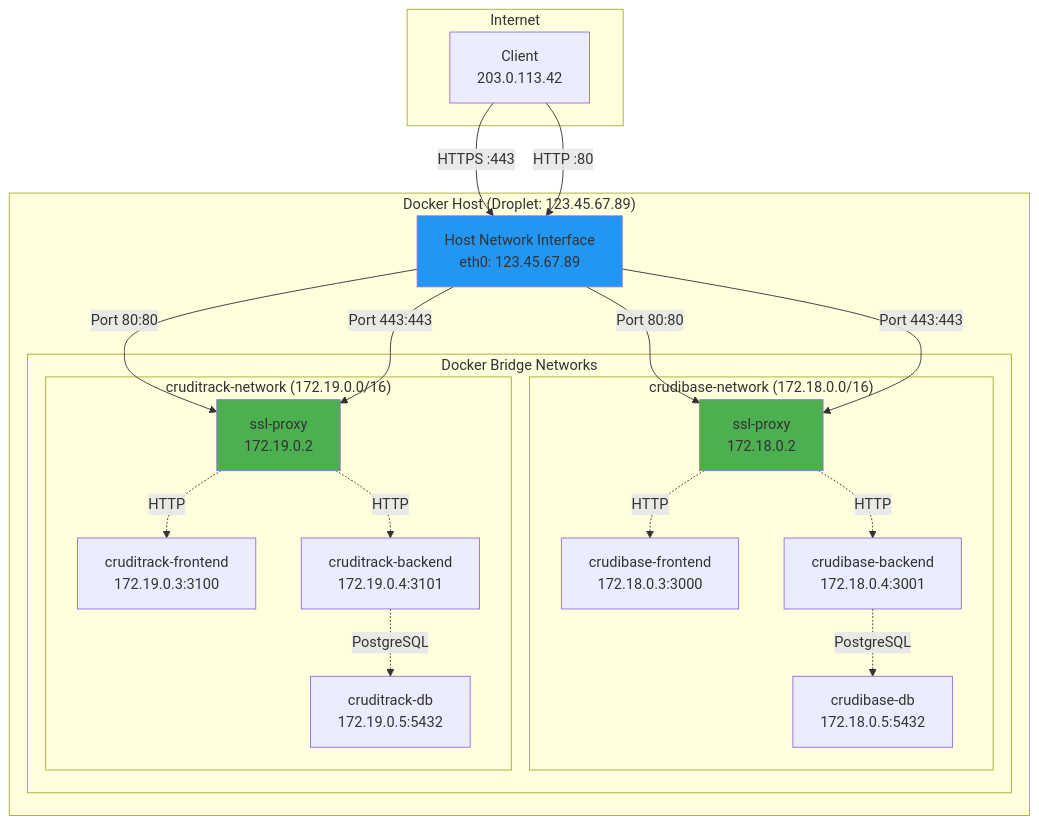
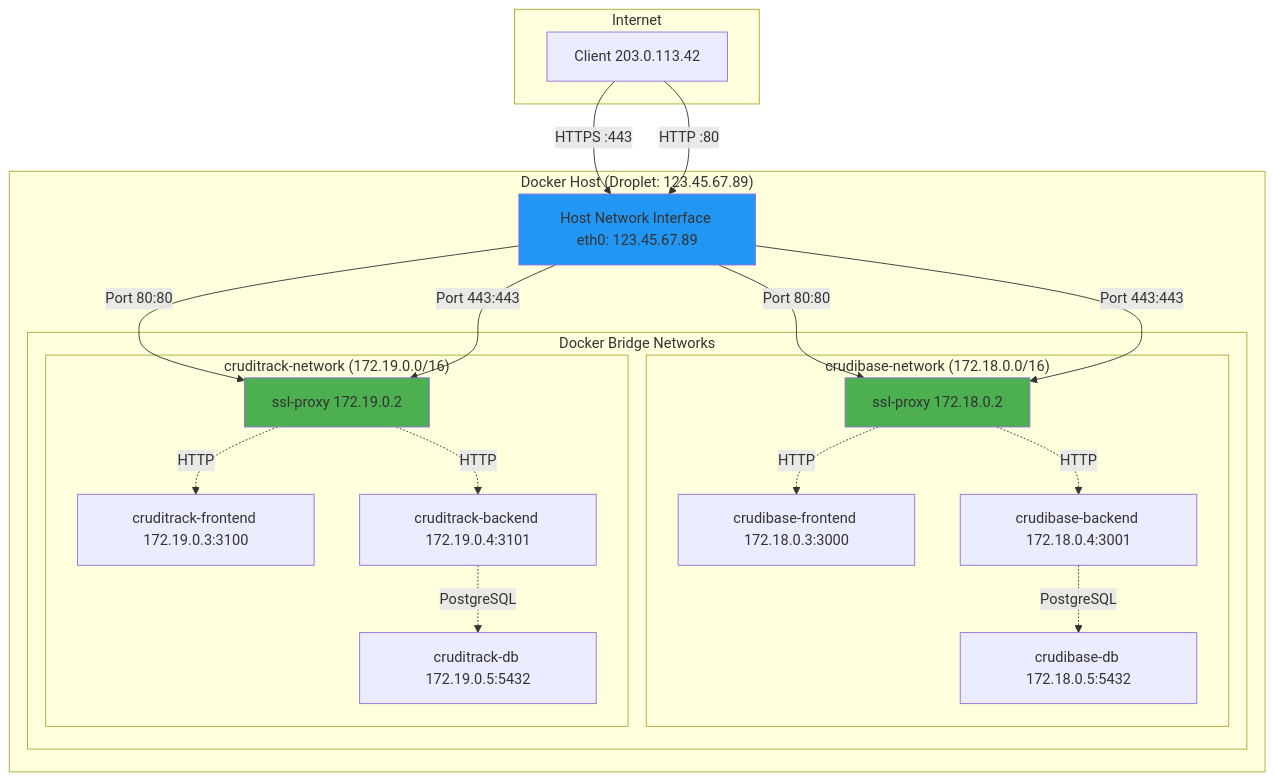
One commit to softwarewrighter/ssl-proxy-for-do changed the first of 9 diagrams in wiki/Network-Architecture.md. Above: the diagram before and after it, drawn with Mermaid. The commit also changed other lines of this file and 7 other files, not shown here.

First line of the commit message:
Fix wiki Mermaid diagrams: remove remaining <br/> tags

````diff
--- a/wiki/Network-Architecture.md
+++ b/wiki/Network-Architecture.md
@@ -31,46 +31,46 @@
 ```mermaid
 graph TB
     subgraph Internet
-        Client[Client<br/>203.0.113.42]
+        Client[Client 203.0.113.42]
     end
 
     subgraph "Docker Host (Droplet: 123.45.67.89)"
-        HostIP[Host Network Interface<br/>eth0: 123.45.67.89]
+        HostIP[Host Network Interface eth0: 123.45.67.89]
 
         subgraph "Docker Bridge Networks"
             subgraph "crudibase-network (172.18.0.0/16)"
-                SSL_CB[ssl-proxy<br/>172.18.0.2]
-                CB_FE[crudibase-frontend<br/>172.18.0.3:3000]
-                CB_BE[crudibase-backend<br/>172.18.0.4:3001]
-                CB_DB[crudibase-db<br/>172.18.0.5:5432]
+                SSL_CB[ssl-proxy 172.18.0.2]
+                CB_FE[crudibase-frontend 172.18.0.3:3000]
+                CB_BE[crudibase-backend 172.18.0.4:3001]
+                CB_DB[crudibase-db 172.18.0.5:5432]
 
                 SSL_CB -.HTTP.-> CB_FE
                 SSL_CB -.HTTP.-> CB_BE
                 CB_BE -.PostgreSQL.-> CB_DB
             end
 
             subgraph "cruditrack-network (172.19.0.0/16)"
-                SSL_CT[ssl-proxy<br/>172.19.0.2]
-                CT_FE[cruditrack-frontend<br/>172.19.0.3:3100]
-                CT_BE[cruditrack-backend<br/>172.19.0.4:3101]
-                CT_DB[cruditrack-db<br/>172.19.0.5:5432]
+                SSL_CT[ssl-proxy 172.19.0.2]
+                CT_FE[cruditrack-frontend 172.19.0.3:3100]
+                CT_BE[cruditrack-backend 172.19.0.4:3101]
+                CT_DB[cruditrack-db 172.19.0.5:5432]
 
                 SSL_CT -.HTTP.-> CT_FE
                 SSL_CT -.HTTP.-> CT_BE
                 CT_BE -.PostgreSQL.-> CT_DB
             end
         end
 
         HostIP -->|Port 80:80| SSL_CB
         HostIP -->|Port 443:443| SSL_CB
         HostIP -->|Port 80:80| SSL_CT
         HostIP -->|Port 443:443| SSL_CT
     end
 
     Client -->|HTTPS :443| HostIP
     Client -->|HTTP :80| HostIP
 
     style SSL_CB fill:#4CAF50
     style SSL_CT fill:#4CAF50
     style HostIP fill:#2196F3
 ```
````
